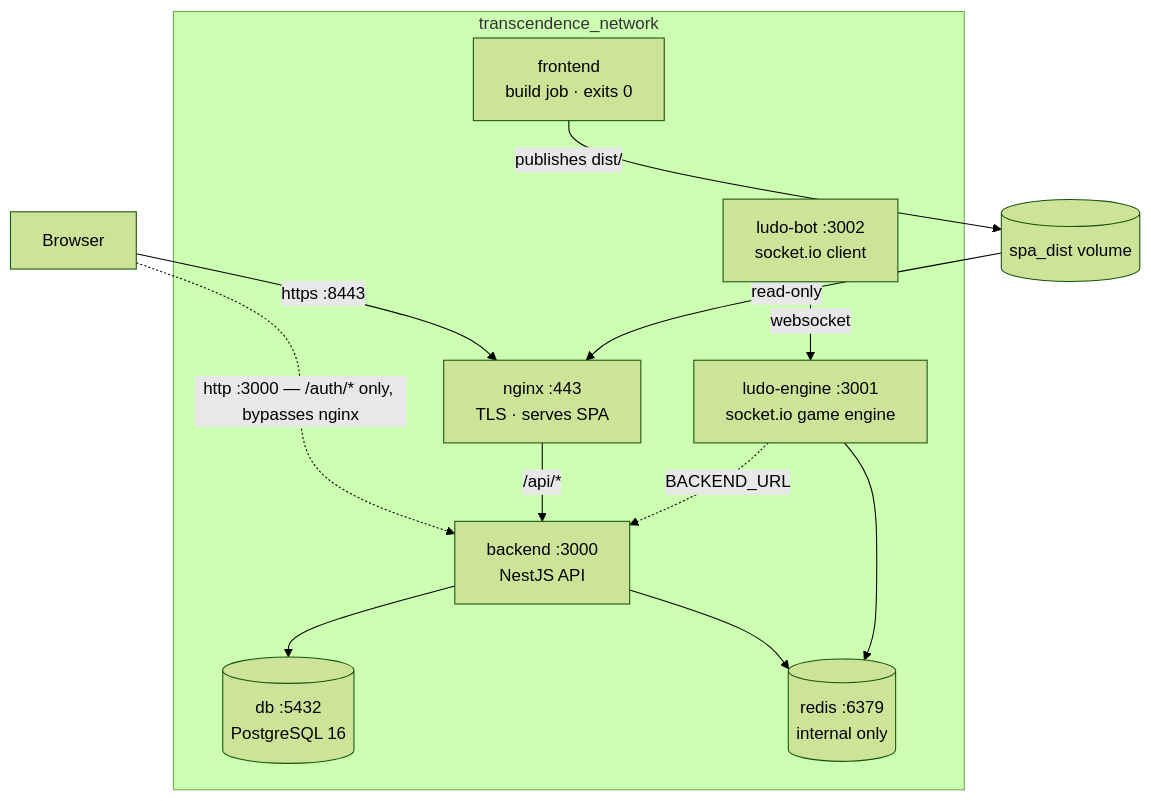
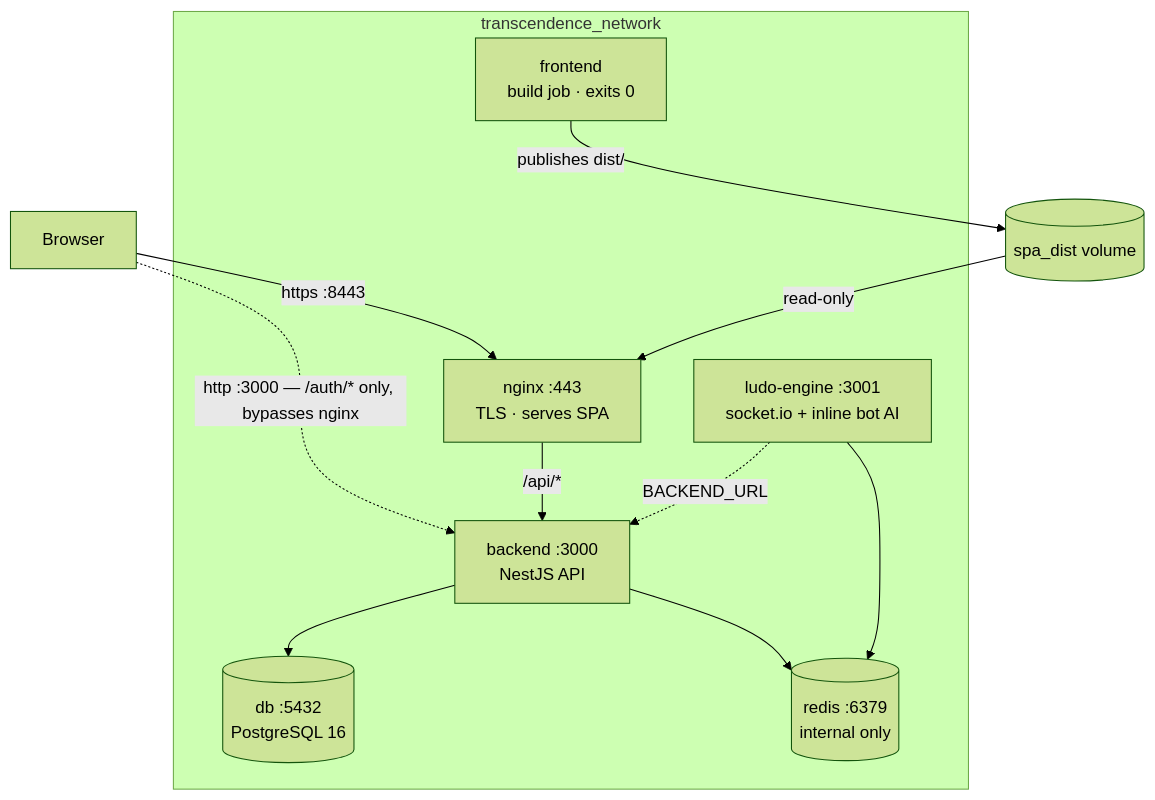
One commit to JaxzTan/ft_transcendence changed the diagram in docs/architecture.md. Above: the diagram before and after it, drawn with Mermaid (forest theme). The commit also changed other lines of this file and 3 other files, not shown here.

````diff
--- a/docs/architecture.md
+++ b/docs/architecture.md
@@ -15,25 +14,23 @@
 ```mermaid
 graph TB
     Browser["Browser"]
 
     subgraph net["transcendence_network"]
         nginx["nginx :443<br/>TLS · serves SPA"]
         backend["backend :3000<br/>NestJS API"]
-        engine["ludo-engine :3001<br/>socket.io game engine"]
-        bot["ludo-bot :3002<br/>socket.io client"]
+        engine["ludo-engine :3001<br/>socket.io + inline bot AI"]
         db[("db :5432<br/>PostgreSQL 16")]
         redis[("redis :6379<br/>internal only")]
         fe["frontend<br/>build job · exits 0"]
     end
 
     Browser -->|"https :8443"| nginx
     Browser -.->|"http :3000 — /auth/* only, bypasses nginx"| backend
     nginx -->|"/api/*"| backend
     fe -->|"publishes dist/"| spa[("spa_dist volume")]
     spa -->|"read-only"| nginx
     backend --> db
     backend --> redis
     engine --> redis
-    bot -->|"websocket"| engine
     engine -.->|"BACKEND_URL"| backend
 ```
````
